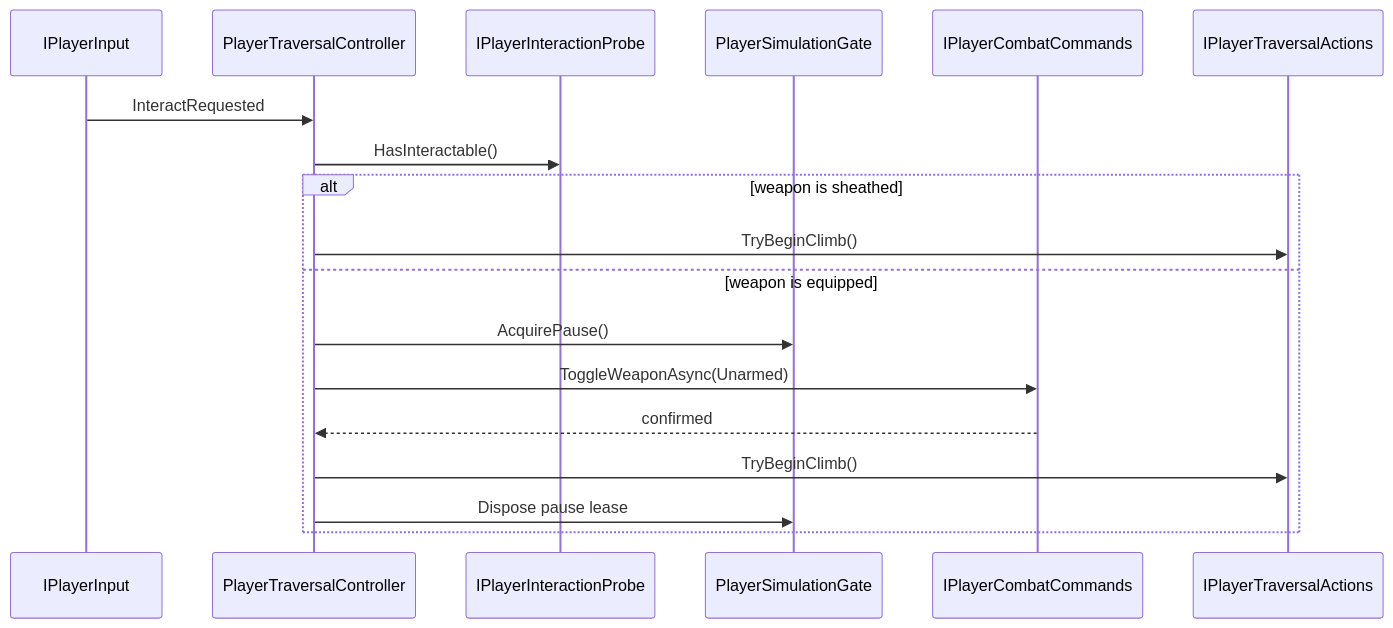
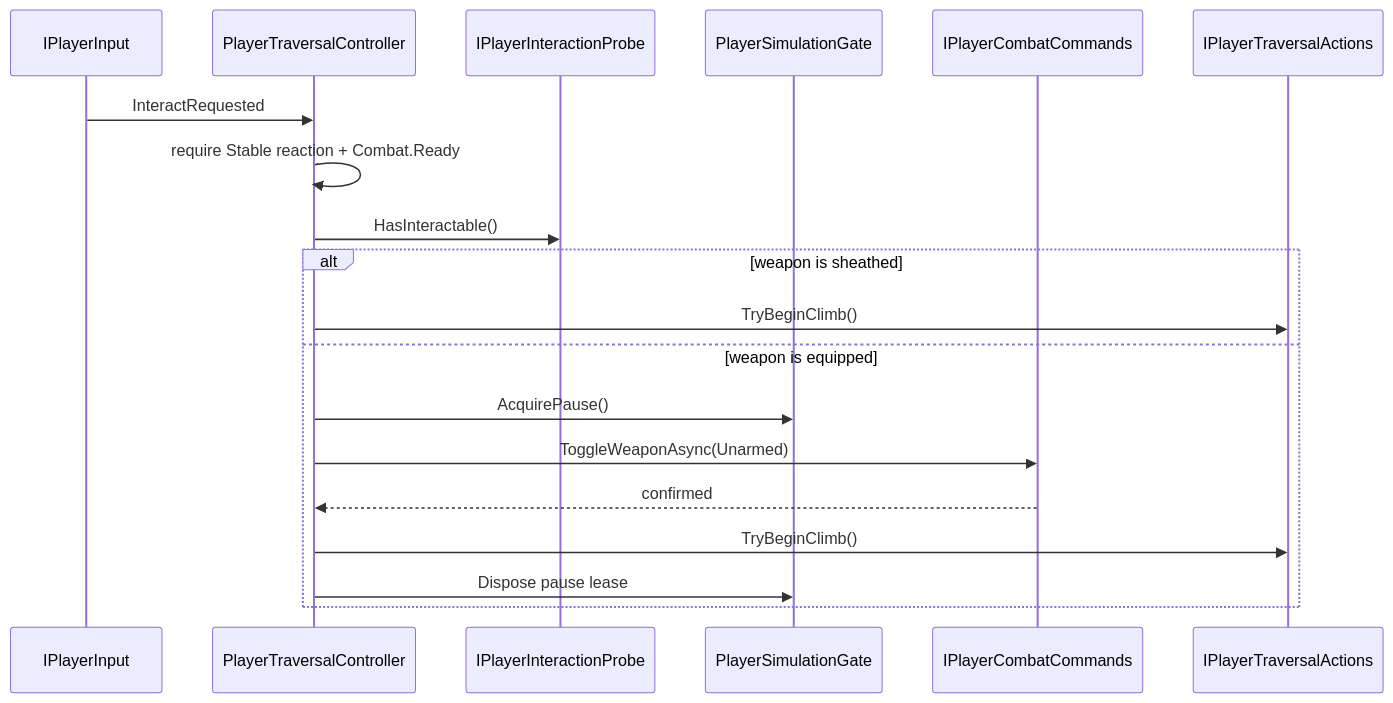
One commit to MaximFonariuc/project-s changed the second of 2 diagrams in Docs/Architecture/Player.Traversal.md. Above: the diagram before and after it, drawn with Mermaid. The commit also changed other lines of this file and 17 other files, not shown here.

````diff
--- a/Docs/Architecture/Player.Traversal.md
+++ b/Docs/Architecture/Player.Traversal.md
@@ -110,21 +116,22 @@
 ```mermaid
 sequenceDiagram
     participant Input as IPlayerInput
     participant Traversal as PlayerTraversalController
     participant Probe as IPlayerInteractionProbe
     participant Gate as PlayerSimulationGate
     participant Combat as IPlayerCombatCommands
     participant Actions as IPlayerTraversalActions
 
     Input->>Traversal: InteractRequested
+    Traversal->>Traversal: require Stable reaction + Combat.Ready
     Traversal->>Probe: HasInteractable()
     alt weapon is sheathed
         Traversal->>Actions: TryBeginClimb()
     else weapon is equipped
         Traversal->>Gate: AcquirePause()
         Traversal->>Combat: ToggleWeaponAsync(Unarmed)
         Combat-->>Traversal: confirmed
         Traversal->>Actions: TryBeginClimb()
         Traversal->>Gate: Dispose pause lease
     end
 ```
````
